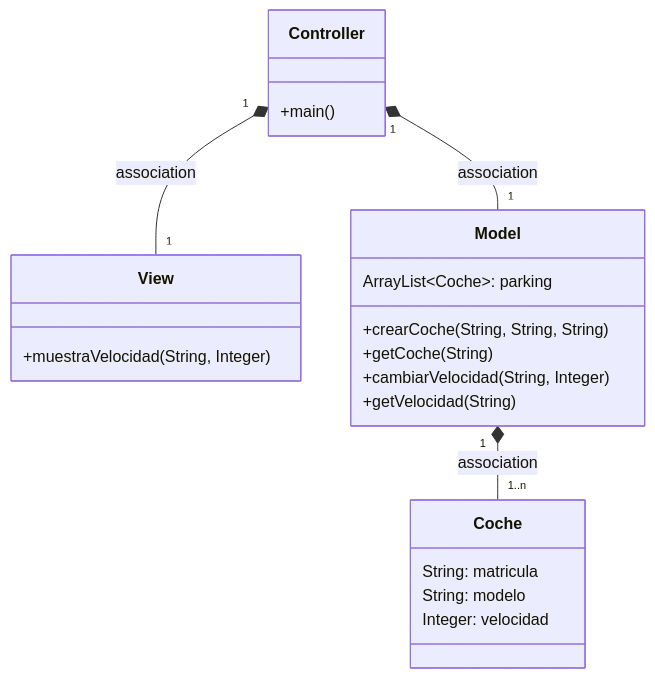
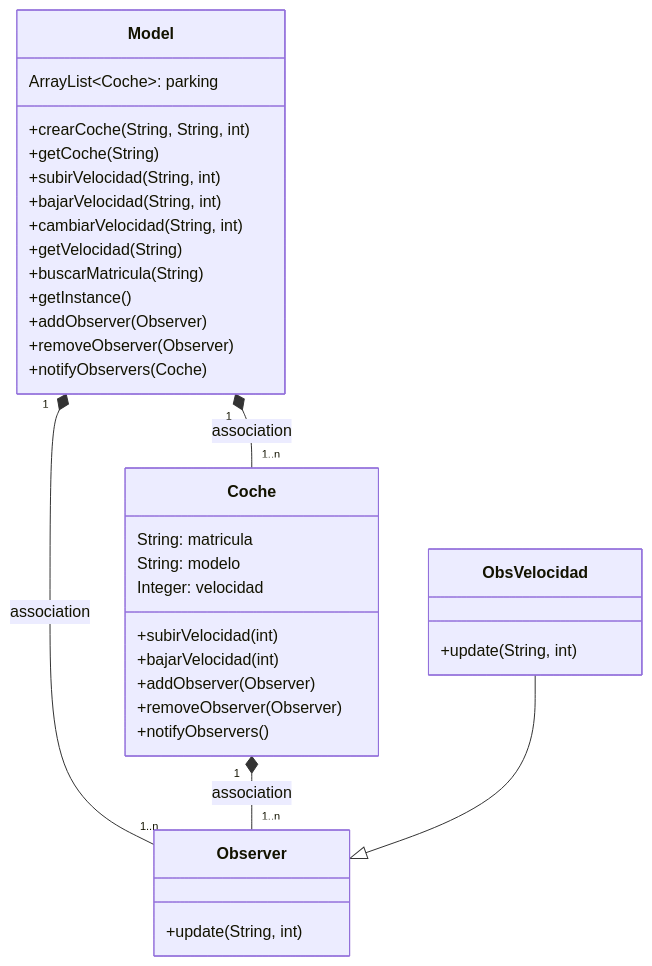
One commit to danielcastelao/mvc-emontesadraz changed the first of 3 diagrams in Readme.md. Above: the diagram before and after it, drawn with Mermaid. The commit also changed other lines of this file, not shown here.

Commit message:
Diagramas de clase y secuencia actualizados close #8

````diff
--- a/Readme.md
+++ b/Readme.md
@@ -19,23 +19,37 @@
 ```mermaid
 classDiagram
     class Coche {
         String: matricula
         String: modelo
         Integer: velocidad
+        +subirVelocidad(int)
+        +bajarVelocidad(int)
+        +addObserver(Observer)
+        +removeObserver(Observer)
+        +notifyObservers()
     }
-      class Controller{
-          +main()
-      }
-      class View {+muestraVelocidad(String, Integer)}
-      class Model {
-          ArrayList~Coche~: parking
-          +crearCoche(String, String, String)
-          +getCoche(String)
-          +cambiarVelocidad(String, Integer)
-          +getVelocidad(String)
-      }
-    Controller "1" *-- "1" Model : association
-    Controller "1" *-- "1" View : association
+    class Model {
+        ArrayList~Coche~: parking
+        +crearCoche(String, String, int)
+        +getCoche(String)
+        +subirVelocidad(String, int)
+        +bajarVelocidad(String, int)
+        +cambiarVelocidad(String, int)
+        +getVelocidad(String)
+        +buscarMatricula(String)
+        +getInstance()
+        +addObserver(Observer)
+        +removeObserver(Observer)
+        +notifyObservers(Coche)
+    }
+    class Observer {
+        +update(String, int)
+    }
+    class ObsVelocidad {
+        +update(String, int)
+    }
     Model "1" *-- "1..n" Coche : association
-      
+    Model "1" *-- "1..n" Observer : association
+    Coche "1" *-- "1..n" Observer : association
+    ObsVelocidad --|> Observer
 ```
````
